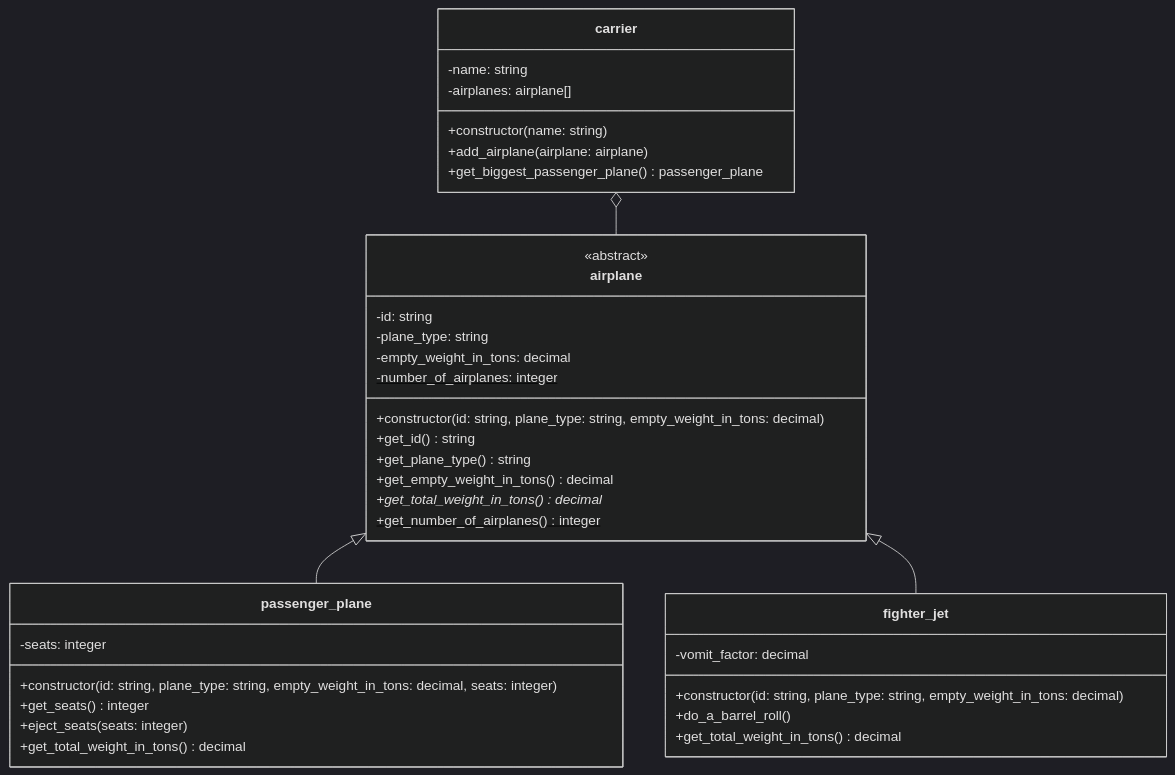
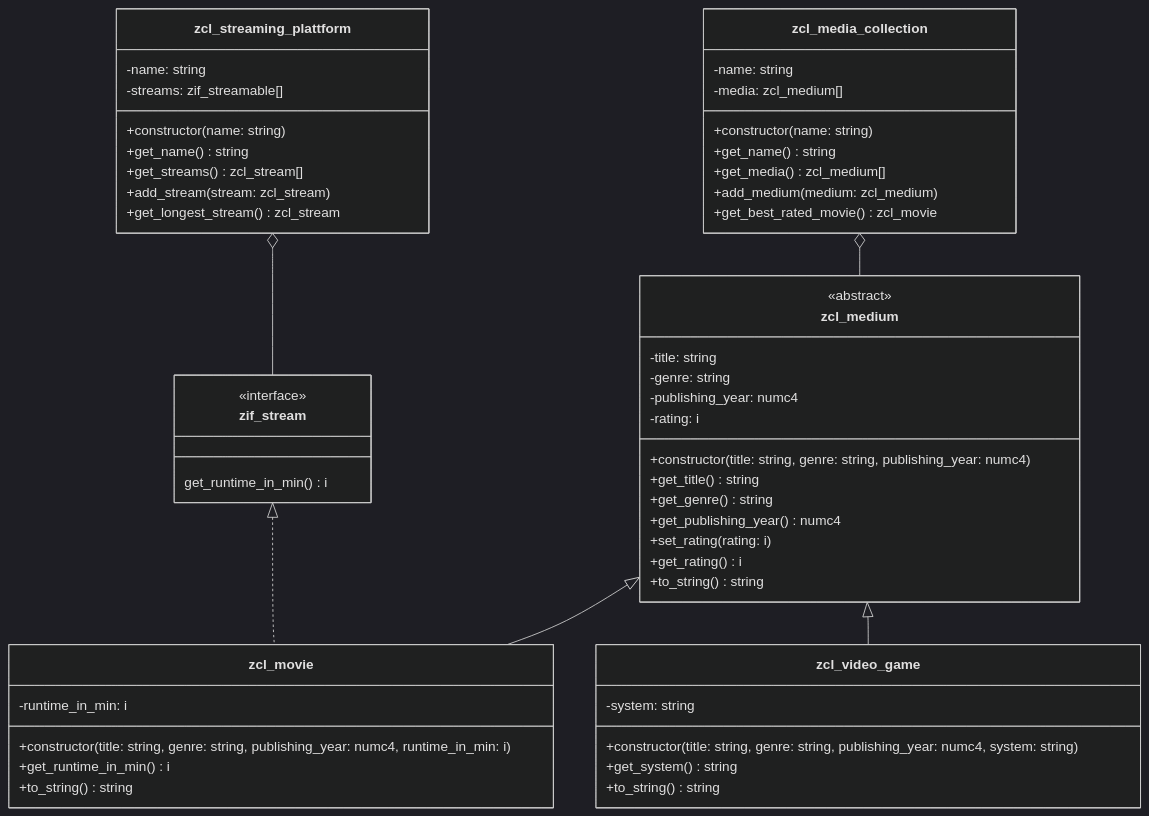
One commit to appenmaier/s4hana changed the diagram in docs/exercises/abap-objects/abap-objects-08.md. Above: the diagram before and after it, drawn with Mermaid (dark theme). The commit also changed other lines of this file, not shown here.

````diff
--- a/docs/exercises/abap-objects/abap-objects-08.md
+++ b/docs/exercises/abap-objects/abap-objects-08.md
@@ -10,43 +14,62 @@
 ```mermaid
 classDiagram
-   carrier o-- airplane
-   airplane <|-- passenger_plane
-   airplane <|-- fighter_jet
+   zif_stream <|.. zcl_movie
+   zcl_streaming_plattform o-- zif_stream
+   zcl_media_collection o-- zcl_medium
+   zcl_medium <|-- zcl_movie
+   zcl_medium <|-- zcl_video_game
 
-   class airplane {
+   class zcl_medium {
       <<abstract>>
-      -id: string
-      -plane_type: string
-      -empty_weight_in_tons: decimal
-      -number_of_airplanes: integer$
-      +constructor(id: string, plane_type: string, empty_weight_in_tons: decimal)
-      +get_id() string
-      +get_plane_type() string
-      +get_empty_weight_in_tons() decimal
-      +get_total_weight_in_tons() decimal*
-      +get_number_of_airplanes() integer$
+      -title: string
+      -genre: string
+      -publishing_year: numc4
+      -rating: i
+      +constructor(title: string, genre: string, publishing_year: numc4)
+      +get_title() string      
+      +get_genre() string      
+      +get_publishing_year() numc4
+      +set_rating(rating: i)
+      +get_rating() i
+      +to_string() string
    }
 
-   class passenger_plane {
-      -seats: integer
-      +constructor(id: string, plane_type: string, empty_weight_in_tons: decimal, seats: integer)
-      +get_seats() integer
-      +eject_seats(seats: integer)
-      +get_total_weight_in_tons() decimal
+   class zcl_movie {
+      -runtime_in_min: i
+      +constructor(title: string, genre: string, publishing_year: numc4, runtime_in_min: i)
+      +get_runtime_in_min() i
+      +to_string() string
    }
 
-   class fighter_jet {
-      -vomit_factor: decimal
-      +constructor(id: string, plane_type: string, empty_weight_in_tons: decimal)
-      +do_a_barrel_roll()
-      +get_total_weight_in_tons() decimal
+   class zcl_video_game {
+      -system: string
+      +constructor(title: string, genre: string, publishing_year: numc4, system: string)
+      +get_system() string
+      +to_string() string
    }
 
-   class carrier {
+   class zcl_media_collection {
       -name: string
-      -airplanes: airplane[]
+      -media: zcl_medium[]
       +constructor(name: string)
-      +add_airplane(airplane: airplane)
-      +get_biggest_passenger_plane() passenger_plane
+      +get_name() string
+      +get_media() zcl_medium[]
+      +add_medium(medium: zcl_medium)
+      +get_best_rated_movie() zcl_movie
+   }
+
+   class zif_stream {
+      <<interface>>
+      get_runtime_in_min() i
+   }
+
+   class zcl_streaming_plattform {
+      -name: string
+      -streams: zif_streamable[]
+      +constructor(name: string)
+      +get_name() string
+      +get_streams() zcl_stream[]
+      +add_stream(stream: zcl_stream)
+      +get_longest_stream() zcl_stream
    }
 ```
````
